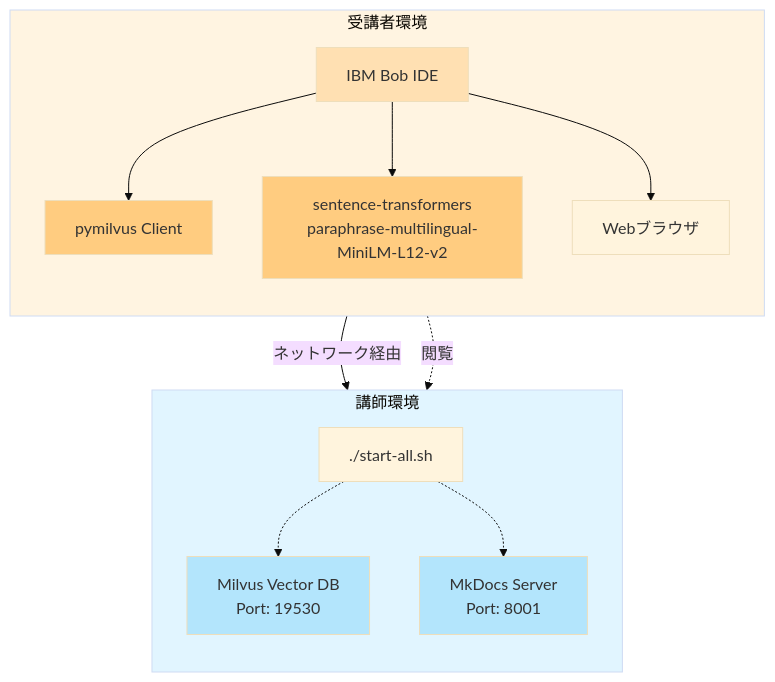
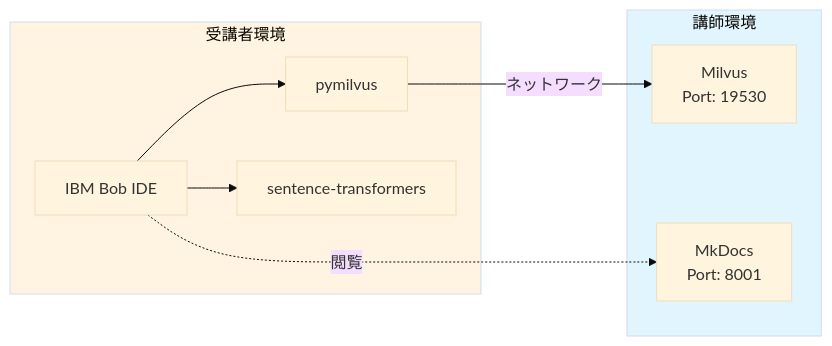
The first of 2 diagrams in README.md (mukoubuchi/vector-search-hands-on), drawn with Mermaid (base theme) before and after one commit.

Commit message:
Simplify Mermaid diagram to fix syntax error
- graph LRに変更（横方向レイアウト）
- direction TBを削除
- 内部の矢印を削除してシンプルに
- 最小限の構成でエラーを回避

````diff
--- a/README.md
+++ b/README.md
@@ -21,34 +21,21 @@
 ```mermaid
-graph TB
+graph LR
     subgraph instructor[講師環境]
-        direction TB
-        milvus[Milvus Vector DB<br/>Port: 19530]
-        mkdocs[MkDocs Server<br/>Port: 8001]
-        script[./start-all.sh]
-        script -.-> milvus
-        script -.-> mkdocs
+        milvus[Milvus<br/>Port: 19530]
+        mkdocs[MkDocs<br/>Port: 8001]
     end
     
     subgraph participant[受講者環境]
-        direction TB
         bob[IBM Bob IDE]
-        pymilvus[pymilvus Client]
-        transformers[sentence-transformers<br/>paraphrase-multilingual-MiniLM-L12-v2]
-        browser[Webブラウザ]
-        
-        bob --> pymilvus
-        bob --> transformers
-        bob --> browser
+        pymilvus[pymilvus]
+        transformers[sentence-transformers]
     end
     
-    pymilvus -->|ネットワーク経由| milvus
-    browser -.->|閲覧| mkdocs
+    bob --> pymilvus
+    bob --> transformers
+    pymilvus -->|ネットワーク| milvus
+    bob -.->|閲覧| mkdocs
     
     style instructor fill:#e1f5ff
     style participant fill:#fff4e1
-    style milvus fill:#b3e5fc
-    style mkdocs fill:#b3e5fc
-    style bob fill:#ffe0b2
-    style pymilvus fill:#ffcc80
-    style transformers fill:#ffcc80
 ```
````
